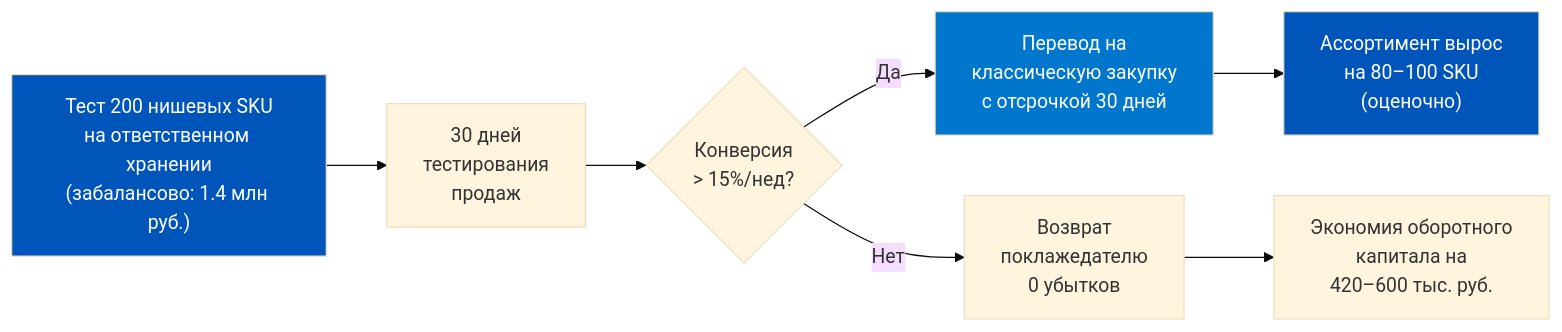
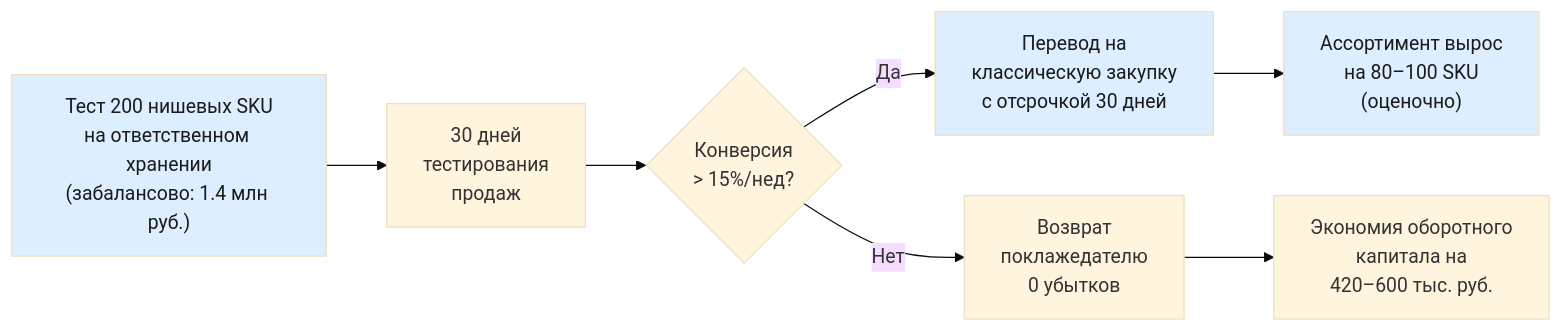
One commit to murad1986/1c-erp-quartz changed the fourth of 6 diagrams in content/1c-erp/week_3/Неделя 3 - День 4 - Ответственное хранение.md. Above: the diagram before and after it, drawn with Mermaid (base theme). The commit also changed other lines of this file and 57 other files, not shown here.

First line of the commit message:
fix: Mermaid — пастельные цвета в источниках диаграмм (56 файлов)

````diff
--- a/content/1c-erp/week_3/Неделя 3 - День 4 - Ответственное хранение.md
+++ b/content/1c-erp/week_3/Неделя 3 - День 4 - Ответственное хранение.md
@@ -383,13 +383,13 @@
 ```mermaid
 flowchart LR
     A["Тест 200 нишевых SKU<br/>на ответственном хранении<br/>(забалансово: 1.4 млн руб.)"] --> B["30 дней<br/>тестирования<br/>продаж"]
     B --> C{Конверсия<br/>> 15%/нед?}
     C -->|Да| D["Перевод на<br/>классическую закупку<br/>с отсрочкой 30 дней"]
     C -->|Нет| E["Возврат<br/>поклажедателю<br/>0 убытков"]
     D --> F["Ассортимент вырос<br/>на 80–100 SKU<br/>(оценочно)"]
     E --> G["Экономия оборотного<br/>капитала на<br/>420–600 тыс. руб."]
 
-    style A fill:#0055BB,color:#fff
-    style D fill:#0077CC,color:#fff
-    style F fill:#0055BB,color:#fff
+    style A fill:#dceeff,color:#1a1a1a
+    style D fill:#dceeff,color:#1a1a1a
+    style F fill:#dceeff,color:#1a1a1a
 ```
````
